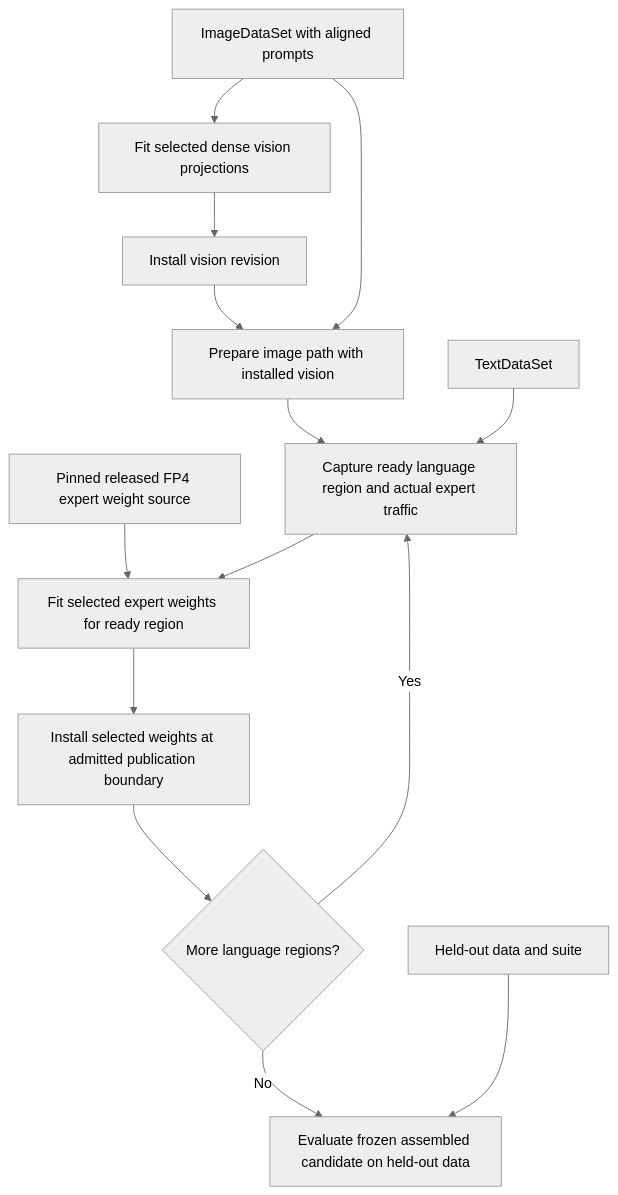
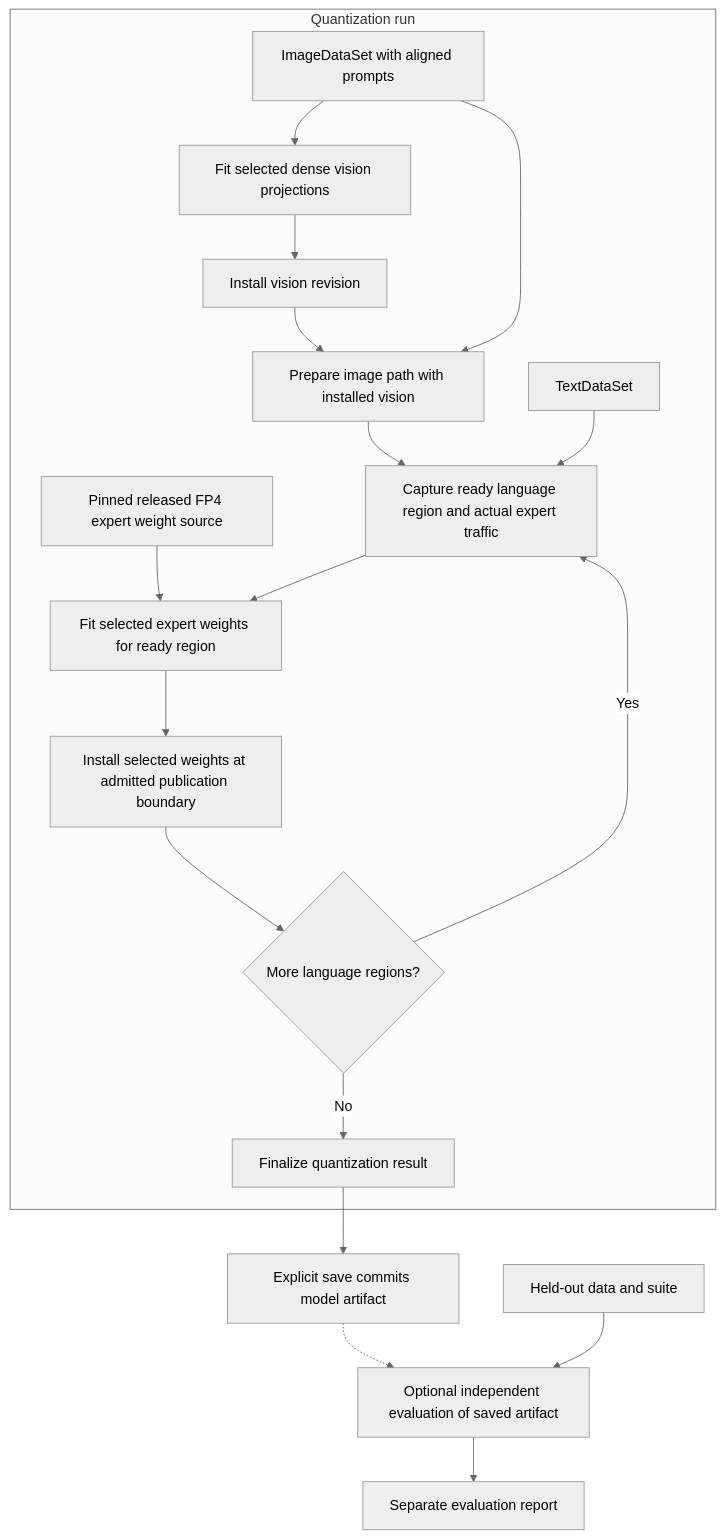
One commit to ModelCloud/GPTQModel changed the diagram in docs/quantization-example-deepseek-v4.1-flash.md. Above: the diagram before and after it, drawn with Mermaid (neutral theme). The commit also changed other lines of this file and 6 other files, not shown here.

Commit message:
docs: evaluate saved artifacts outside quantization plans

````diff
--- a/docs/quantization-example-deepseek-v4.1-flash.md
+++ b/docs/quantization-example-deepseek-v4.1-flash.md
@@ -115,16 +120,21 @@
 ```mermaid
 flowchart TD
+    subgraph Q[Quantization run]
     I[ImageDataSet with aligned prompts] --> V[Fit selected dense vision projections]
     V --> VI[Install vision revision]
     VI --> IC[Prepare image path with installed vision]
     I --> IC
     IC --> C[Capture ready language region and actual expert traffic]
     T[TextDataSet] --> C
     S[Pinned released FP4 expert weight source] --> F[Fit selected expert weights for ready region]
     C --> F
     F --> U[Install selected weights at admitted publication boundary]
     U --> M{More language regions?}
     M -->|Yes| C
-    M -->|No| E[Evaluate frozen assembled candidate on held-out data]
+    M -->|No| DONE[Finalize quantization result]
+    end
+    DONE --> SAVE[Explicit save commits model artifact]
+    SAVE -.-> E[Optional independent evaluation of saved artifact]
     H[Held-out data and suite] --> E
+    E --> REPORT[Separate evaluation report]
 ```
````
